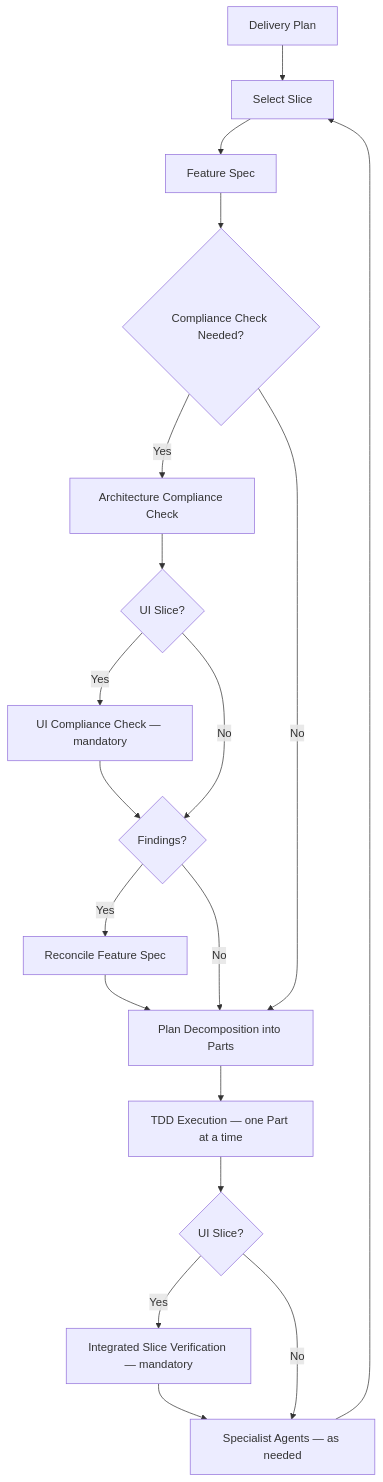
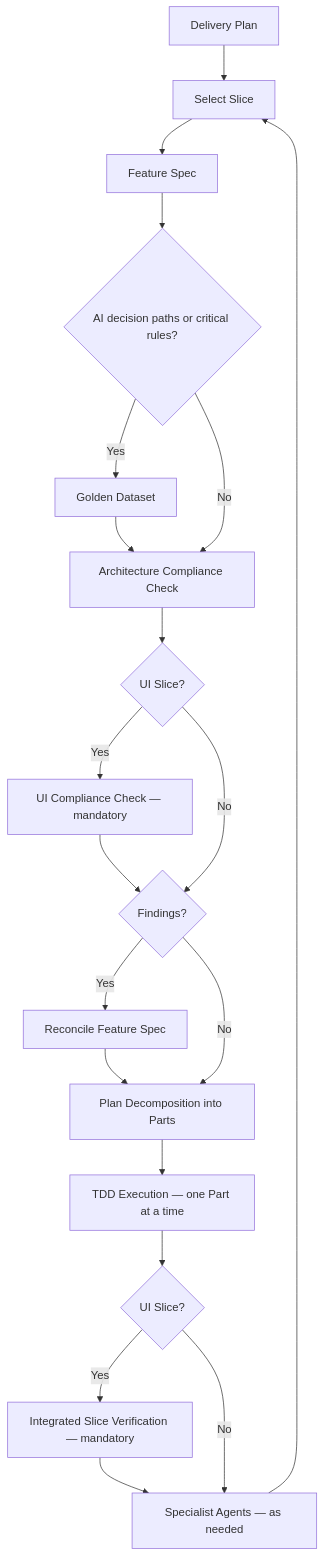
One commit to GridCreative-CS/ai-architecture-toolkit changed the fifth of 5 diagrams in README.md. Above: the diagram before and after it, drawn with Mermaid. The commit also changed other lines of this file and 38 other files, not shown here.

First line of the commit message:
feat: Enhance architecture workflows and prompts

````diff
--- a/README.md
+++ b/README.md
@@ -153,21 +155,22 @@
 ```mermaid
 flowchart TD
     A[Delivery Plan] --> B[Select Slice]
     B --> C[Feature Spec]
-    C --> D{Compliance Check Needed?}
-    D -- Yes --> E[Architecture Compliance Check]
+    C --> C2{AI decision paths or critical rules?}
+    C2 -- Yes --> C3[Golden Dataset]
+    C3 --> E[Architecture Compliance Check]
+    C2 -- No --> E
     E --> E2{UI Slice?}
     E2 -- Yes --> E3[UI Compliance Check — mandatory]
     E3 --> F{Findings?}
     E2 -- No --> F
     F -- Yes --> G[Reconcile Feature Spec]
     G --> H[Plan Decomposition into Parts]
     F -- No --> H
-    D -- No --> H
     H --> I[TDD Execution — one Part at a time]
     I --> I2{UI Slice?}
     I2 -- Yes --> I3[Integrated Slice Verification — mandatory]
     I3 --> J[Specialist Agents — as needed]
     I2 -- No --> J
     J --> B
 ```
````
